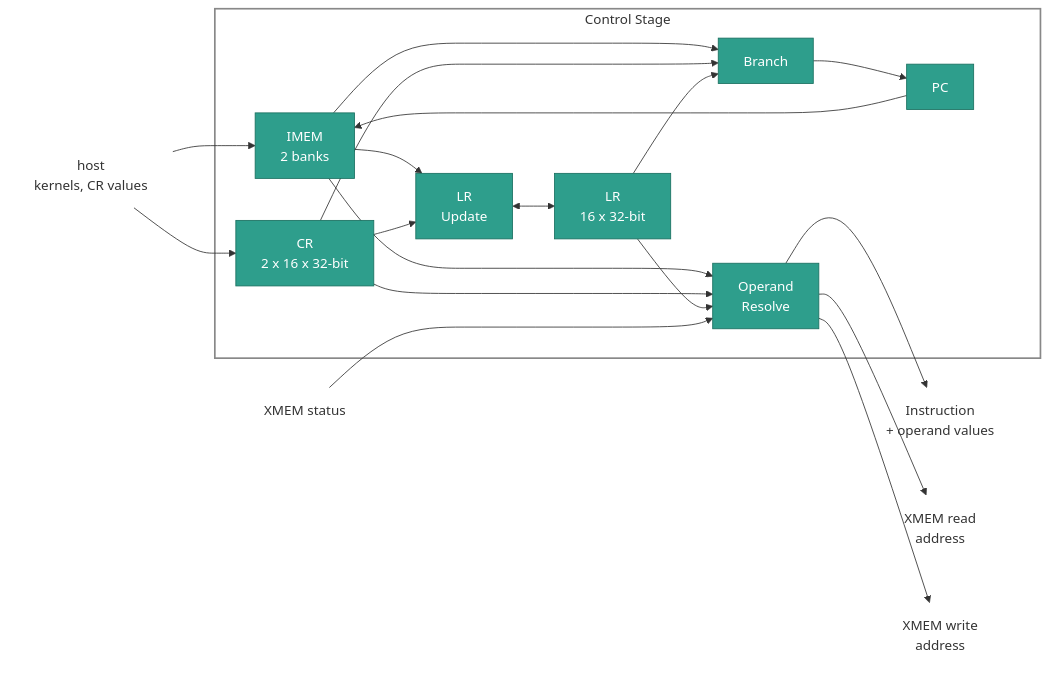
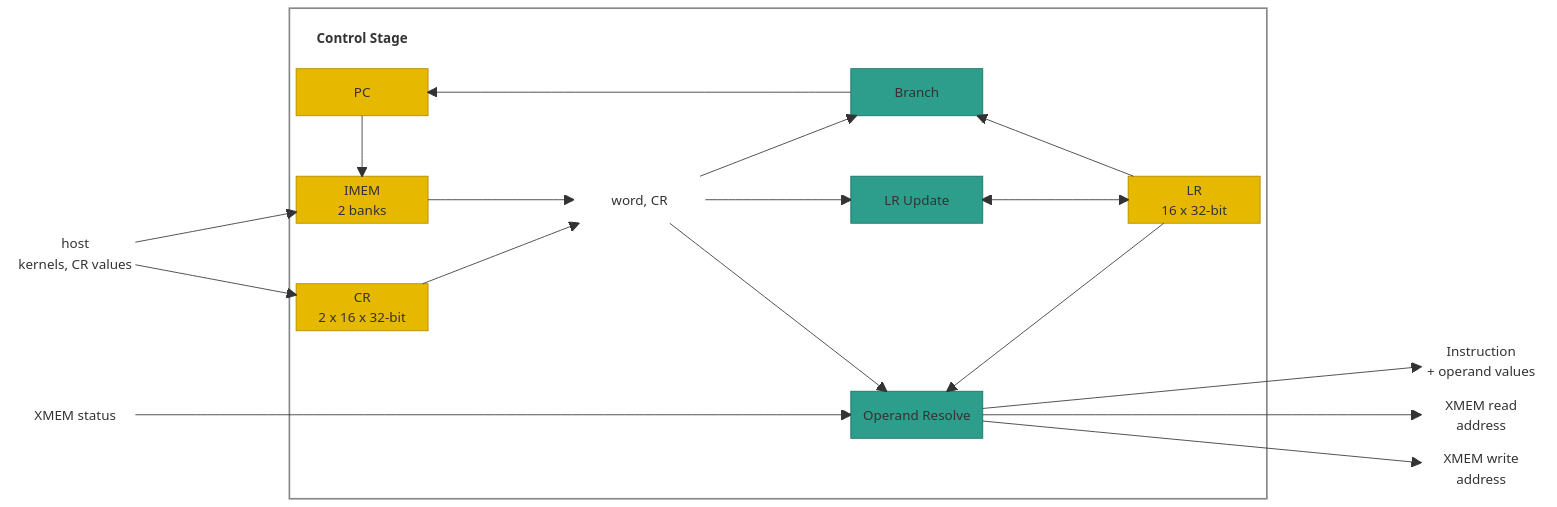
One commit to rechefe/ipu-emulator changed the diagram in docs/content/specs/ARCH-stage-ctrl.md. Above: the diagram before and after it, drawn with Mermaid. The commit also changed other lines of this file and 5 other files, not shown here.

Commit message:
Refine documentation and diagrams for IPU architecture: update section titles, clarify arithmetic events, and enhance visual representations in the Control, Accumulator, and Multiply stages.

````diff
--- a/docs/content/specs/ARCH-stage-ctrl.md
+++ b/docs/content/specs/ARCH-stage-ctrl.md
@@ -37,40 +38,69 @@
 ```mermaid
-flowchart LR
-    HOST["host<br>kernels, CR values"]:::io
-    XMEM_STATUS["XMEM status"]:::io
-    OUT_INSTR["Instruction<br>+ operand values"]:::io
-    OUT_READ["XMEM read<br>address"]:::io
-    OUT_WRITE["XMEM write<br>address"]:::io
-
-    subgraph STAGE["Control Stage"]
-        IMEM["IMEM<br>2 banks"]:::blk
-        PC_REG["PC"]:::blk
-        CR_FILE["CR<br>2 x 16 x 32-bit"]:::blk
-        LR_FILE["LR<br>16 x 32-bit"]:::blk
-        BRANCH["Branch"]:::blk
-        LR_UPDATE["LR<br>Update"]:::blk
-        RESOLVE["Operand<br>Resolve"]:::blk
+block-beta
+    columns 11
+    block:INS:1
+        columns 1
+        space
+        space
+        space
+        space
+        HOST["host<br>kernels, CR values"]
+        space
+        space
+        XMEM_STATUS["XMEM status"]
+        space
+    end
+    space
+    block:STAGE:7
+        columns 7
+        TITLE["Control Stage"] space:6
+        PC_REG["PC"] space:3 BRANCH["Branch"] space:2
+        space:7
+        IMEM["IMEM<br>2 banks"] space BUS["word, CR"] space LR_UPDATE["LR Update"] space LR_FILE["LR<br>16 x 32-bit"]
+        space:7
+        CR_FILE["CR<br>2 x 16 x 32-bit"] space:6
+        space:7
+        space:4 RESOLVE["Operand Resolve"]:3
+        space:7
+    end
+    space
+    block:OUTS:1
+        columns 1
+        space
+        space
+        space
+        space
+        space
+        space
+        OUT_INSTR["Instruction<br>+ operand values"]
+        OUT_READ["XMEM read<br>address"]
+        OUT_WRITE["XMEM write<br>address"]
     end
 
+    PC_REG --> IMEM
+    BRANCH --> PC_REG
+    IMEM --> BUS
+    CR_FILE --> BUS
+    BUS --> BRANCH
+    BUS --> LR_UPDATE
+    BUS --> RESOLVE
+    LR_UPDATE <--> LR_FILE
+    LR_FILE --> BRANCH
+    LR_FILE --> RESOLVE
     HOST --> IMEM
     HOST --> CR_FILE
-    PC_REG --> IMEM
-    IMEM --> BRANCH
-    IMEM --> LR_UPDATE
-    IMEM --> RESOLVE
-    CR_FILE --> BRANCH
-    CR_FILE --> LR_UPDATE
-    CR_FILE --> RESOLVE
-    LR_FILE --> BRANCH
-    LR_UPDATE <--> LR_FILE
-    LR_FILE --> RESOLVE
-    BRANCH --> PC_REG
-    XMEM_STATUS ----> RESOLVE
+    XMEM_STATUS --> RESOLVE
     RESOLVE --> OUT_INSTR
     RESOLVE --> OUT_READ
     RESOLVE --> OUT_WRITE
 
     classDef io fill:none,stroke:none
     classDef blk fill:#2e9e8c,stroke:#1a7060,color:#fff
+    classDef reg fill:#e6b800,stroke:#b38a00,color:#000
+    classDef title fill:none,stroke:none,font-weight:bold
+    class HOST,XMEM_STATUS,OUT_INSTR,OUT_READ,OUT_WRITE,INS,OUTS,BUS io
+    class BRANCH,LR_UPDATE,RESOLVE blk
+    class PC_REG,IMEM,CR_FILE,LR_FILE reg
+    class TITLE title
     style STAGE fill:none,stroke:#888,stroke-width:2px
 ```
````
